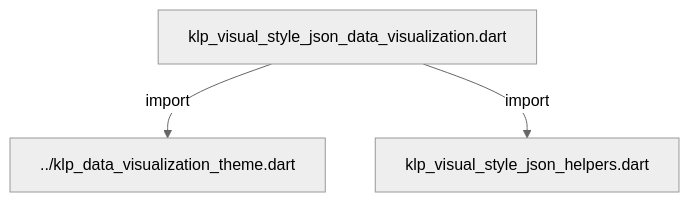
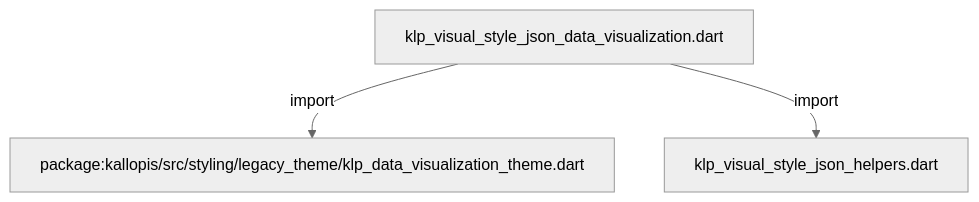
The diagram in docs/architecture/src/styling/legacy_theme/internal/klp_visual_style_json_data_visualization.md (MiuDog/Kallopis), drawn with Mermaid (neutral theme) before and after one commit. The commit also changed other lines of this file and 9688 other files, not shown here.

Commit message:
Prepare isolated Flow F2 peer baseline

````diff
--- a/docs/architecture/src/styling/legacy_theme/internal/klp_visual_style_json_data_visualization.md
+++ b/docs/architecture/src/styling/legacy_theme/internal/klp_visual_style_json_data_visualization.md
@@ -11,8 +11,8 @@
 ```mermaid
 flowchart TD
 	n0["klp_visual_style_json_data_visualization.dart"]
-	n1["../klp_data_visualization_theme.dart"]
+	n1["package:kallopis/src/styling/legacy_theme/klp_data_visualization_theme.dart"]
 	n2["klp_visual_style_json_helpers.dart"]
 	n0 -->|"import"| n1
 	n0 -->|"import"| n2
 ```
````
